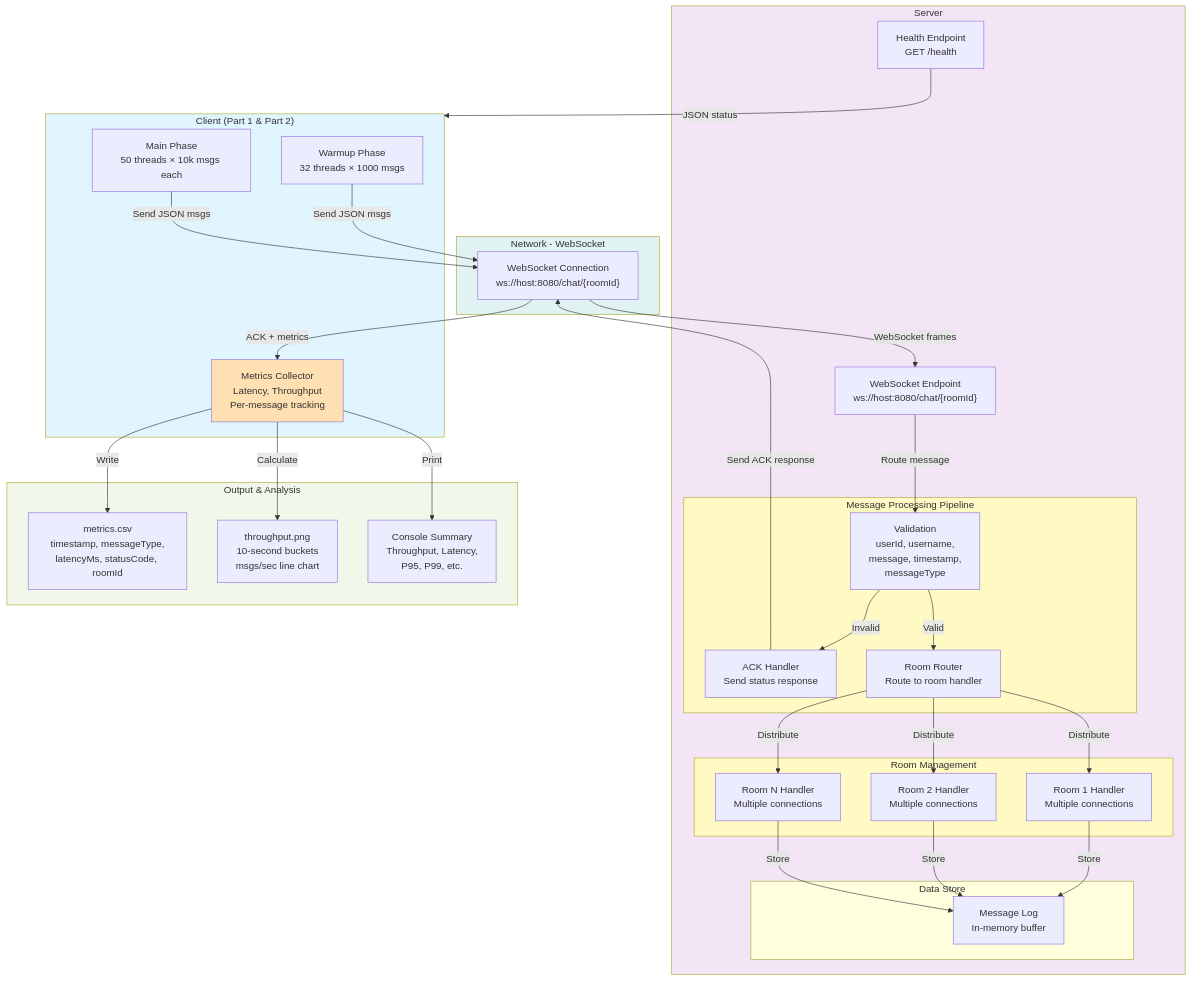
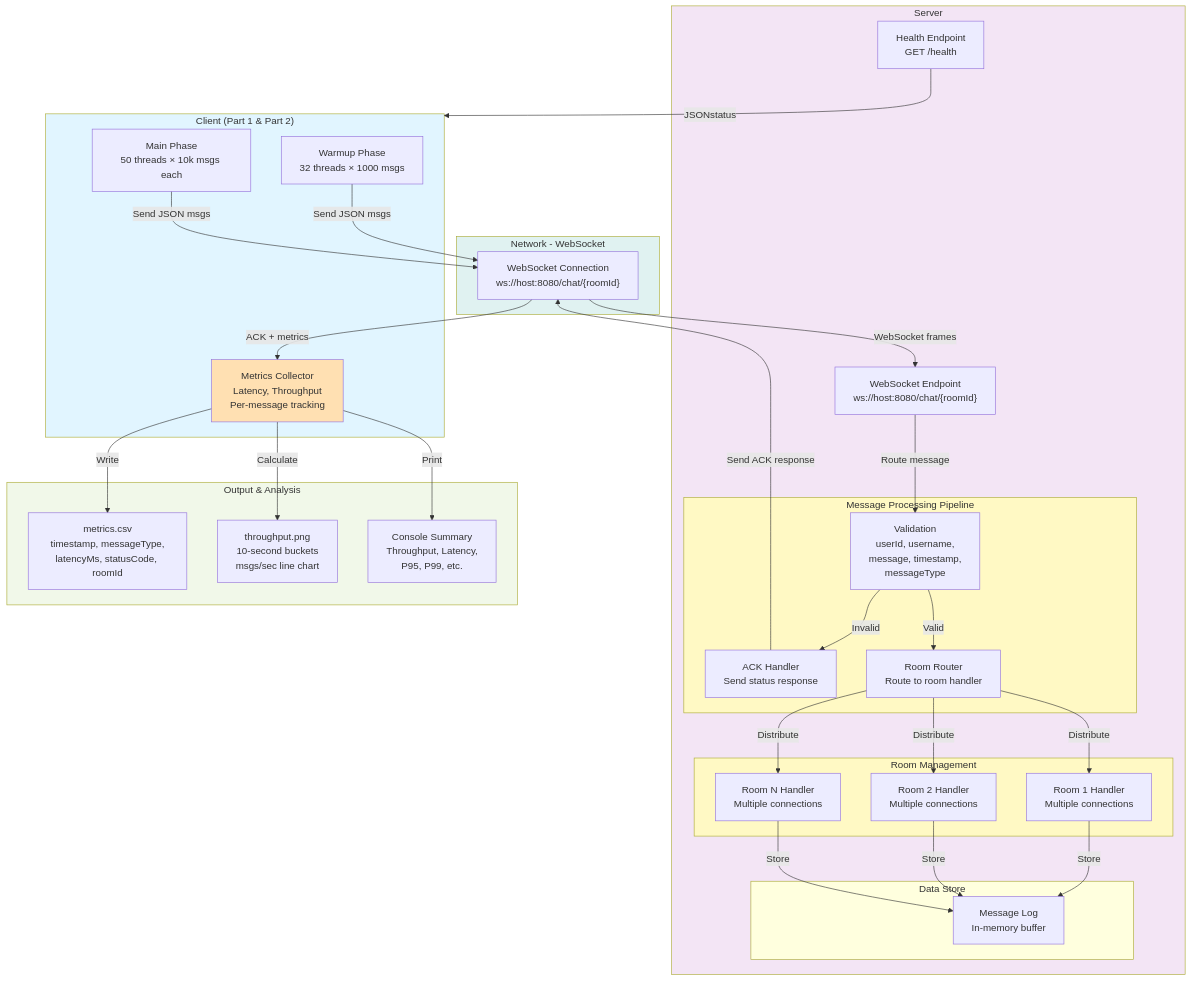
The diagram in results/chatflow_mermaid_arch.mermaid (Asurkatha/CS6650), drawn with Mermaid before and after one commit.

Commit message:
Added Arch Diagram

```diff
--- a/results/chatflow_mermaid_arch.mermaid
+++ b/results/chatflow_mermaid_arch.mermaid
@@ -1,70 +1,70 @@
 graph TB
     subgraph Client["Client (Part 1 & Part 2)"]
         WarmupPhase["Warmup Phase<br/>32 threads × 1000 msgs"]
         MainPhase["Main Phase<br/>50 threads × 10k msgs each"]
         MetricsCollector["Metrics Collector<br/>Latency, Throughput<br/>Per-message tracking"]
     end
 
     subgraph Network["Network - WebSocket"]
         WS["WebSocket Connection<br/>ws://host:8080/chat/{roomId}"]
     end
 
     subgraph Server["Server"]
         HealthEndpoint["Health Endpoint<br/>GET /health"]
         WSEndpoint["WebSocket Endpoint<br/>ws://host:8080/chat/{roomId}"]
         
         subgraph MessageProcessing["Message Processing Pipeline"]
             Validation["Validation<br/>userId, username,<br/>message, timestamp,<br/>messageType"]
             ACKHandler["ACK Handler<br/>Send status response"]
             RoomRouter["Room Router<br/>Route to room handler"]
         end
         
         subgraph RoomManagement["Room Management"]
             Room1["Room 1 Handler<br/>Multiple connections"]
             Room2["Room 2 Handler<br/>Multiple connections"]
             RoomN["Room N Handler<br/>Multiple connections"]
         end
         
         subgraph Storage["Data Store"]
             MessageLog["Message Log<br/>In-memory buffer"]
         end
     end
 
     subgraph Output["Output & Analysis"]
         MetricsCSV["metrics.csv<br/>timestamp, messageType,<br/>latencyMs, statusCode, roomId"]
         ThroughputChart["throughput.png<br/>10-second buckets<br/>msgs/sec line chart"]
         ConsoleMetrics["Console Summary<br/>Throughput, Latency,<br/>P95, P99, etc."]
     end
 
     WarmupPhase -->|Send JSON msgs| WS
     MainPhase -->|Send JSON msgs| WS
     WS -->|WebSocket frames| WSEndpoint
     
     WSEndpoint -->|Route message| Validation
     Validation -->|Valid| RoomRouter
     Validation -->|Invalid| ACKHandler
     
     RoomRouter -->|Distribute| Room1
     RoomRouter -->|Distribute| Room2
     RoomRouter -->|Distribute| RoomN
     
     Room1 -->|Store| MessageLog
     Room2 -->|Store| MessageLog
     RoomN -->|Store| MessageLog
     
     ACKHandler -->|Send ACK response| WS
     WS -->|ACK + metrics| MetricsCollector
     
     MetricsCollector -->|Write| MetricsCSV
     MetricsCollector -->|Calculate| ThroughputChart
     MetricsCollector -->|Print| ConsoleMetrics
     
-    HealthEndpoint -->|JSON status| Client
+    HealthEndpoint -->|JSONstatus| Client
 
     style Client fill:#e1f5ff
     style Server fill:#f3e5f5
     style MessageProcessing fill:#fff9c4
     style RoomManagement fill:#fff9c4
     style Network fill:#e0f2f1
     style Output fill:#f1f8e9
     style MetricsCollector fill:#ffe0b2
```
